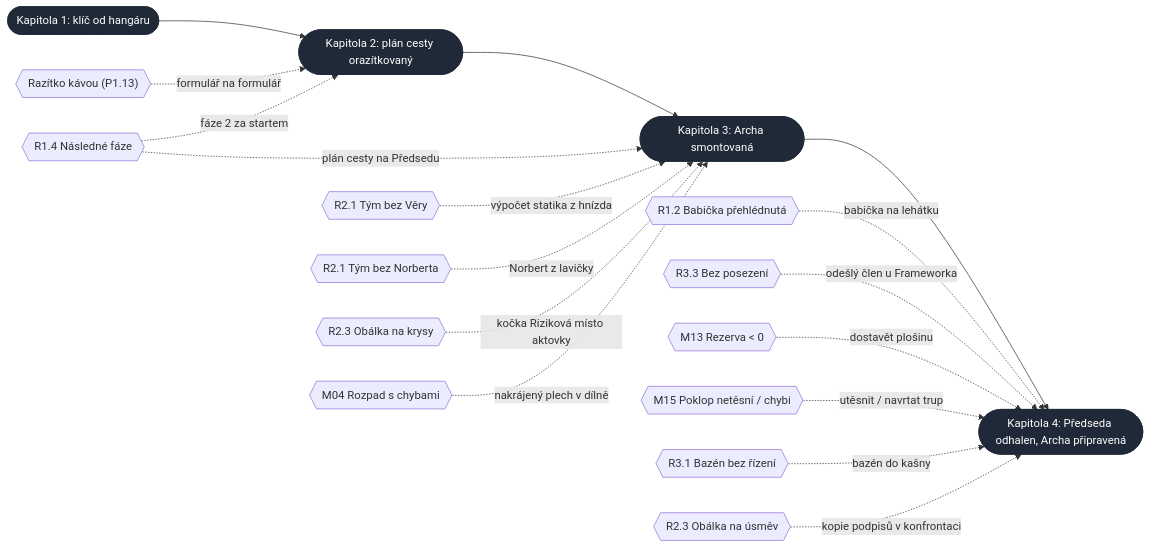
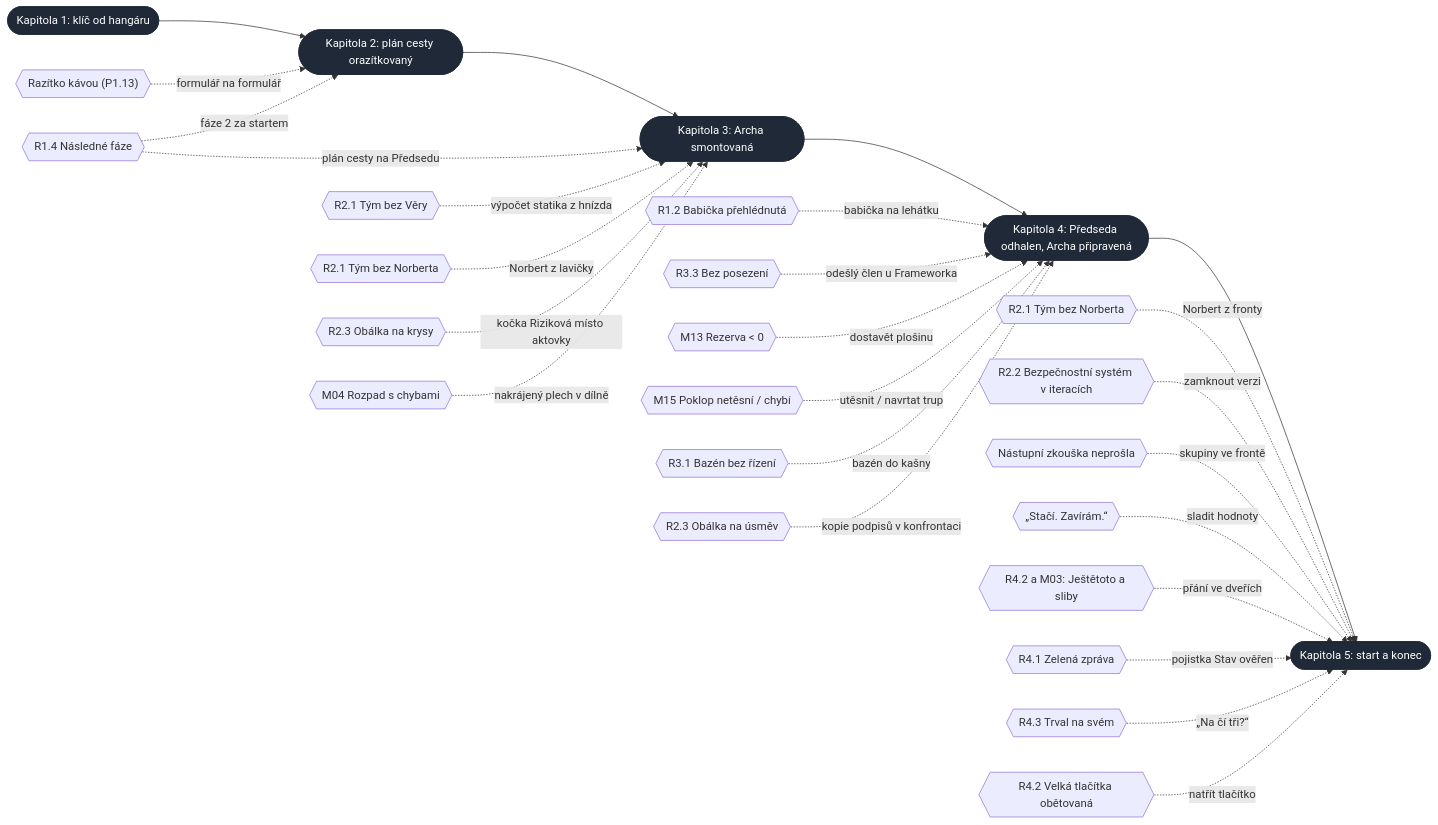
One commit to miroslavkrupa/games-termin-byl-vcera changed the sixth of 6 diagrams in docs/13-graf-zavislosti.md. Above: the diagram before and after it, drawn with Mermaid. The commit also changed other lines of this file and 10 other files, not shown here.

````diff
--- a/docs/13-graf-zavislosti.md
+++ b/docs/13-graf-zavislosti.md
@@ -821,20 +1009,29 @@
 ```mermaid
 flowchart LR
   k1(["Kapitola 1: klíč od hangáru"]) --> k2(["Kapitola 2: plán cesty orazítkovaný"]) --> k3(["Kapitola 3: Archa smontovaná"])
   r_kava{{"Razítko kávou (P1.13)"}} -.->|formulář na formulář| k2
   r14{{"R1.4 Následné fáze"}} -.->|fáze 2 za startem| k2
   r14 -.->|plán cesty na Předsedu| k3
   r21{{"R2.1 Tým bez Věry"}} -.->|výpočet statika z hnízda| k3
   r21n{{"R2.1 Tým bez Norberta"}} -.->|Norbert z lavičky| k3
   r23{{"R2.3 Obálka na krysy"}} -.->|kočka Riziková místo aktovky| k3
   m04{{"M04 Rozpad s chybami"}} -.->|nakrájený plech v dílně| k3
   k3 --> k4(["Kapitola 4: Předseda odhalen, Archa připravená"])
   r12{{"R1.2 Babička přehlédnutá"}} -.->|babička na lehátku| k4
   r33{{"R3.3 Bez posezení"}} -.->|odešlý člen u Frameworka| k4
   m13{{"M13 Rezerva < 0"}} -.->|dostavět plošinu| k4
   m15{{"M15 Poklop netěsní / chybí"}} -.->|utěsnit / navrtat trup| k4
   r31{{"R3.1 Bazén bez řízení"}} -.->|bazén do kašny| k4
   r23u{{"R2.3 Obálka na úsměv"}} -.->|kopie podpisů v konfrontaci| k4
+  k4 --> k5(["Kapitola 5: start a konec"])
+  r21n5{{"R2.1 Tým bez Norberta"}} -.->|Norbert z fronty| k5
+  r22v{{"R2.2 Bezpečnostní systém v iteracích"}} -.->|zamknout verzi| k5
+  p430{{"Nástupní zkouška neprošla"}} -.->|skupiny ve frontě| k5
+  p429{{"„Stačí. Zavírám.“"}} -.->|sladit hodnoty| k5
+  r42c{{"R4.2 a M03: Ještětoto a sliby"}} -.->|přání ve dveřích| k5
+  r41z{{"R4.1 Zelená zpráva"}} -.->|pojistka Stav ověřen| k5
+  r43t{{"R4.3 Trval na svém"}} -.->|„Na čí tři?“| k5
+  r42t{{"R4.2 Velká tlačítka obětovaná"}} -.->|natřít tlačítko| k5
   classDef kap fill:#1f2937,stroke:#1f2937,color:#ffffff
-  class k1,k2,k3,k4 kap
+  class k1,k2,k3,k4,k5 kap
 ```
````
